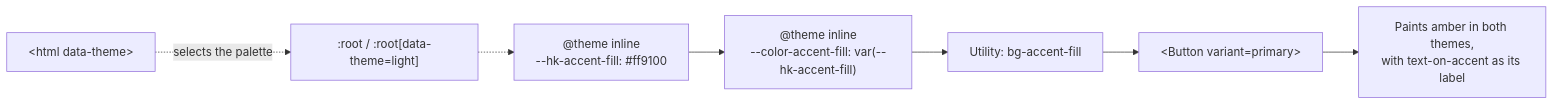
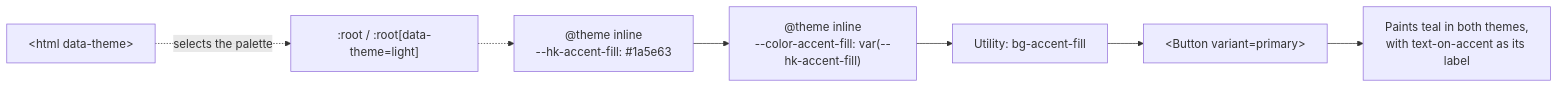
Before and after one commit to Ahmedshawky770/HAKAWI: the diagram in docs/system-architecture/ui-ux-design-system.md, drawn with Mermaid. The commit also changed other lines of this file and 7 other files, not shown here.

````diff
--- a/docs/system-architecture/ui-ux-design-system.md
+++ b/docs/system-architecture/ui-ux-design-system.md
@@ -782,9 +784,9 @@
 ```mermaid
 flowchart LR
-  A["@theme inline<br/>--hk-accent-fill: #ff9100"] --> B["@theme inline<br/>--color-accent-fill: var(--hk-accent-fill)"]
+  A["@theme inline<br/>--hk-accent-fill: #1a5e63"] --> B["@theme inline<br/>--color-accent-fill: var(--hk-accent-fill)"]
   B --> C["Utility: bg-accent-fill"]
   D["&lt;html data-theme&gt;"] -.->|"selects the palette"| E[":root / :root[data-theme=light]"]
   E -.-> A
   C --> F["&lt;Button variant=primary&gt;"]
-  F --> G["Paints amber in both themes,<br/>with text-on-accent as its label"]
+  F --> G["Paints teal in both themes,<br/>with text-on-accent as its label"]
 ```
````
